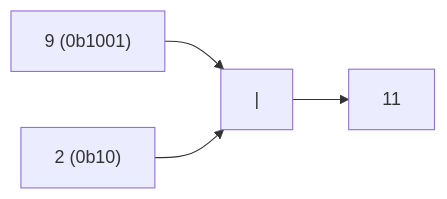
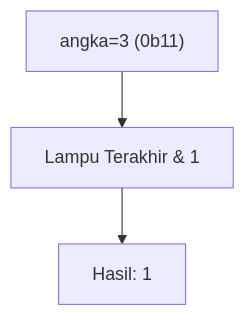
Before and after one commit to amnahwaida/OSNK_INF_PREP: the second of 25 diagrams in part-c-pemahaman-cpp/06-bitwise/latihan/set-05.md, drawn with Mermaid. The commit also changed other lines of this file and 71 other files, not shown here.

````diff
--- a/part-c-pemahaman-cpp/06-bitwise/latihan/set-05.md
+++ b/part-c-pemahaman-cpp/06-bitwise/latihan/set-05.md
@@ -47,6 +48,5 @@
 ```mermaid
-graph LR
-A["9 (0b1001)"] --> C["|"]
-B["2 (0b10)"] --> C
-C --> D["11"]
+graph TD
+A["angka=3 (0b11)"] --> B["Lampu Terakhir & 1"]
+B --> C["Hasil: 1"]
 ```
````
